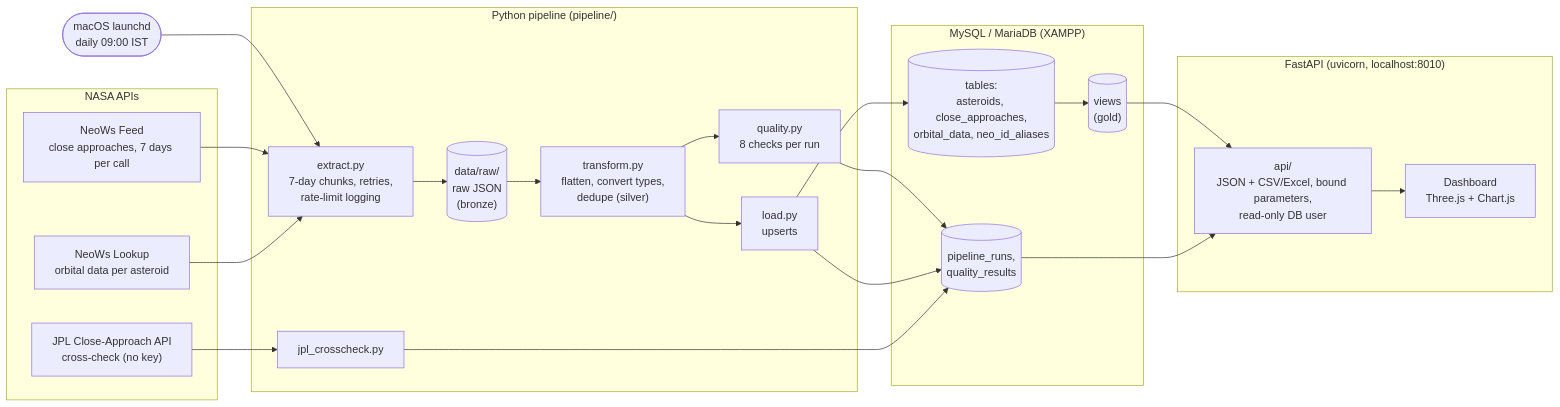
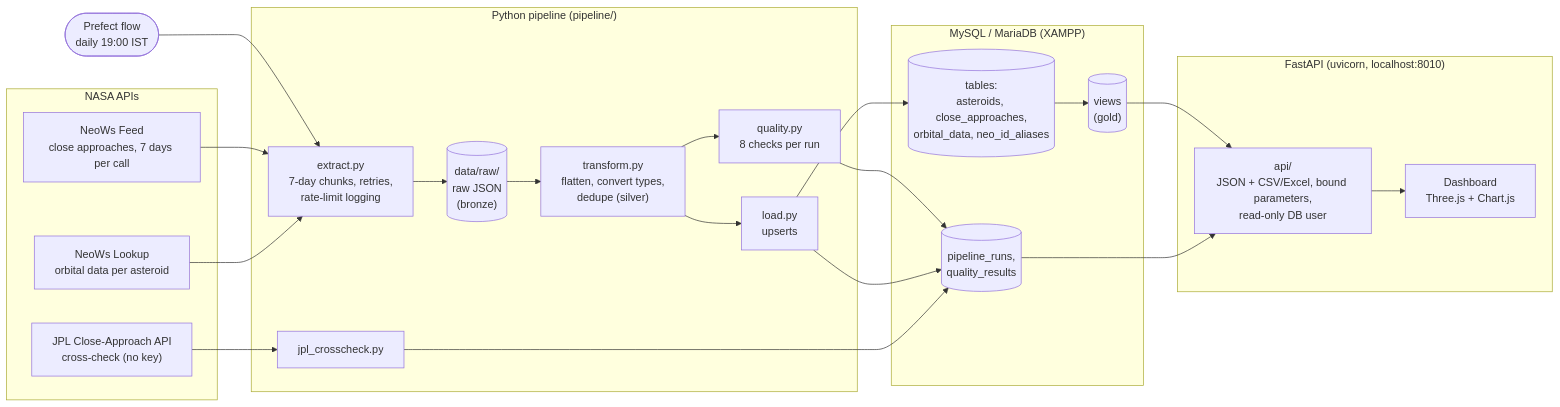
Before and after one commit to rebeccasaxena0908-netizen/asteroid-watch: the first of 2 diagrams in README.md, drawn with Mermaid. The commit also changed other lines of this file and 19 other files, not shown here.

First line of the commit message:
v2 Phase 3: daily pipeline as a Prefect flow at 19:00 IST

````diff
--- a/README.md
+++ b/README.md
@@ -39,38 +39,38 @@
 ```mermaid
 flowchart LR
     subgraph NASA["NASA APIs"]
         FEED["NeoWs Feed<br/>close approaches, 7 days per call"]
         LOOK["NeoWs Lookup<br/>orbital data per asteroid"]
         CAD["JPL Close-Approach API<br/>cross-check (no key)"]
     end
 
     subgraph PY["Python pipeline (pipeline/)"]
         EX["extract.py<br/>7-day chunks, retries,<br/>rate-limit logging"]
         RAW[("data/raw/<br/>raw JSON<br/>(bronze)")]
         TR["transform.py<br/>flatten, convert types,<br/>dedupe (silver)"]
         QC["quality.py<br/>8 checks per run"]
         LD["load.py<br/>upserts"]
         JPL["jpl_crosscheck.py"]
     end
 
     subgraph DB["MySQL / MariaDB (XAMPP)"]
         T[("tables:<br/>asteroids, close_approaches,<br/>orbital_data, neo_id_aliases")]
         LOG[("pipeline_runs,<br/>quality_results")]
         V[("views<br/>(gold)")]
     end
 
     subgraph WEB["FastAPI (uvicorn, localhost:8010)"]
         API["api/<br/>JSON + CSV/Excel, bound parameters,<br/>read-only DB user"]
         UI["Dashboard<br/>Three.js + Chart.js"]
     end
 
-    LAUNCHD(["macOS launchd<br/>daily 09:00 IST"]) --> EX
+    LAUNCHD(["Prefect flow<br/>daily 19:00 IST"]) --> EX
     FEED --> EX
     LOOK --> EX
     EX --> RAW --> TR --> LD --> T
     TR --> QC --> LOG
     LD --> LOG
     T --> V --> API --> UI
     LOG --> API
     CAD --> JPL --> LOG
 ```
````
